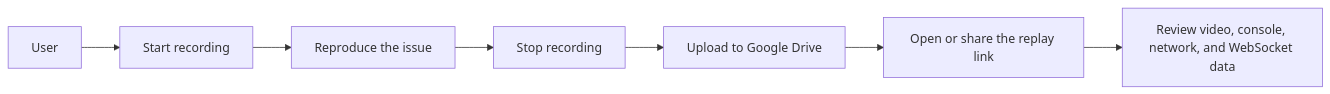
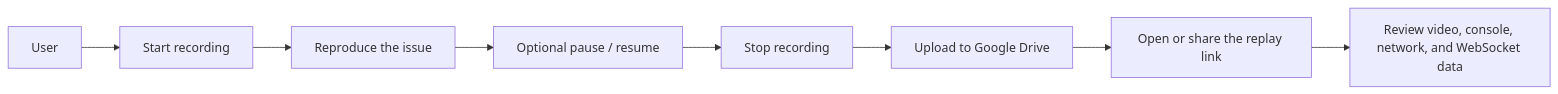
Before and after one commit to gnasdev/gn-tracing: the diagram in README.md, drawn with Mermaid. The commit also changed other lines of this file and 28 other files, not shown here.

````diff
--- a/README.md
+++ b/README.md
@@ -96,9 +101,10 @@
 ```mermaid
 flowchart LR
   User["User"] --> Record["Start recording"]
   Record --> Reproduce["Reproduce the issue"]
-  Reproduce --> Stop["Stop recording"]
+  Reproduce --> Pause["Optional pause / resume"]
+  Pause --> Stop["Stop recording"]
   Stop --> Upload["Upload to Google Drive"]
   Upload --> Replay["Open or share the replay link"]
   Replay --> Inspect["Review video, console, network, and WebSocket data"]
 ```
````
